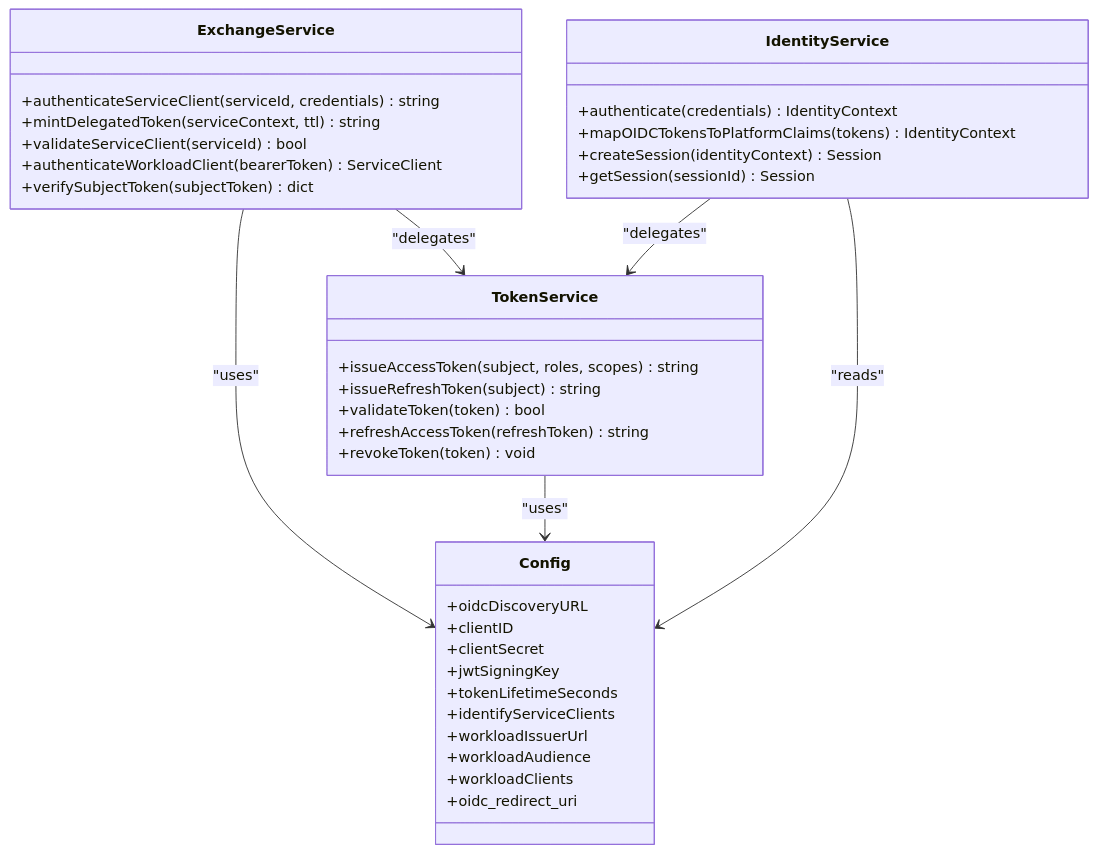
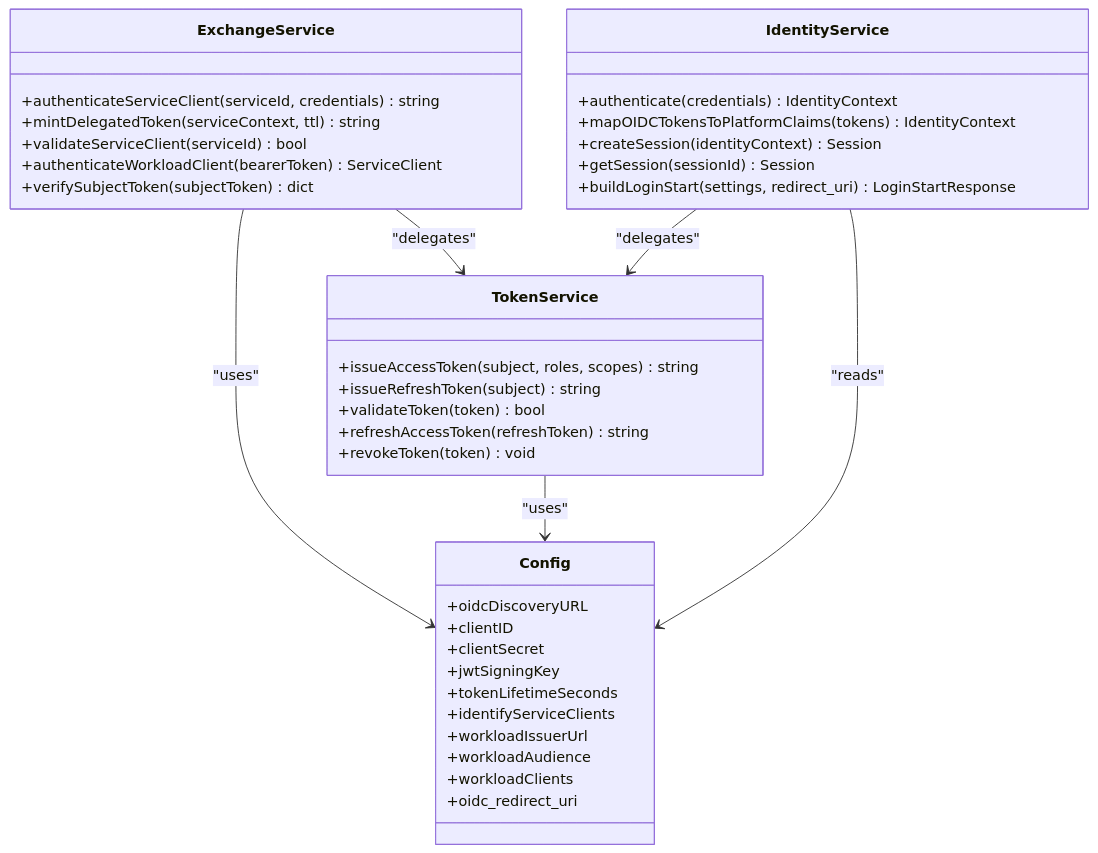
Before and after one commit to metasync/luban-aiops: the fourth of 10 diagrams in .qoder/repowiki/en/content/Identity Broker Service/Identity Broker Service.md, drawn with Mermaid. The commit also changed other lines of this file and 21 other files, not shown here.

````diff
--- a/.qoder/repowiki/en/content/Identity Broker Service/Identity Broker Service.md
+++ b/.qoder/repowiki/en/content/Identity Broker Service/Identity Broker Service.md
@@ -299,40 +300,41 @@
 ```mermaid
 classDiagram
 class TokenService {
 +issueAccessToken(subject, roles, scopes) string
 +issueRefreshToken(subject) string
 +validateToken(token) bool
 +refreshAccessToken(refreshToken) string
 +revokeToken(token) void
 }
 class ExchangeService {
 +authenticateServiceClient(serviceId, credentials) string
 +mintDelegatedToken(serviceContext, ttl) string
 +validateServiceClient(serviceId) bool
 +authenticateWorkloadClient(bearerToken) ServiceClient
 +verifySubjectToken(subjectToken) dict
 }
 class IdentityService {
 +authenticate(credentials) IdentityContext
 +mapOIDCTokensToPlatformClaims(tokens) IdentityContext
 +createSession(identityContext) Session
 +getSession(sessionId) Session
++buildLoginStart(settings, redirect_uri) LoginStartResponse
 }
 class Config {
 +oidcDiscoveryURL
 +clientID
 +clientSecret
 +jwtSigningKey
 +tokenLifetimeSeconds
 +identifyServiceClients
 +workloadIssuerUrl
 +workloadAudience
 +workloadClients
 +oidc_redirect_uri
 }
 TokenService --> Config : "uses"
 ExchangeService --> Config : "uses"
 IdentityService --> TokenService : "delegates"
 IdentityService --> Config : "reads"
 ExchangeService --> TokenService : "delegates"
 ```
````
